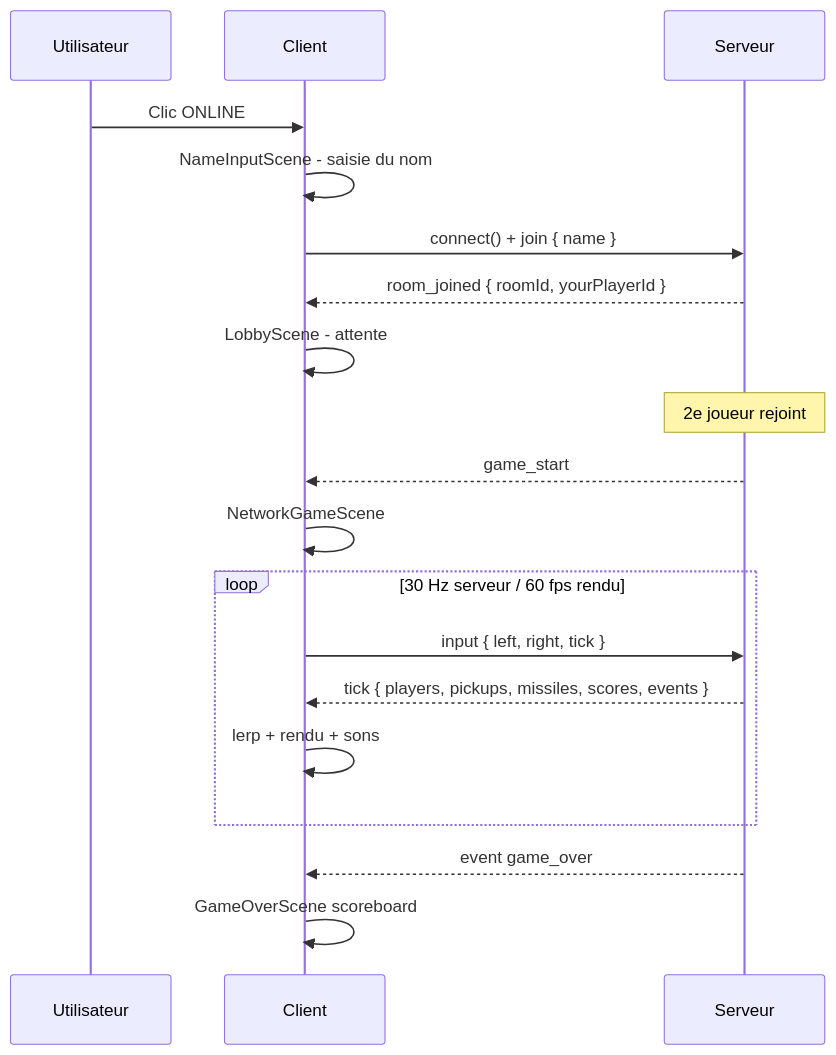
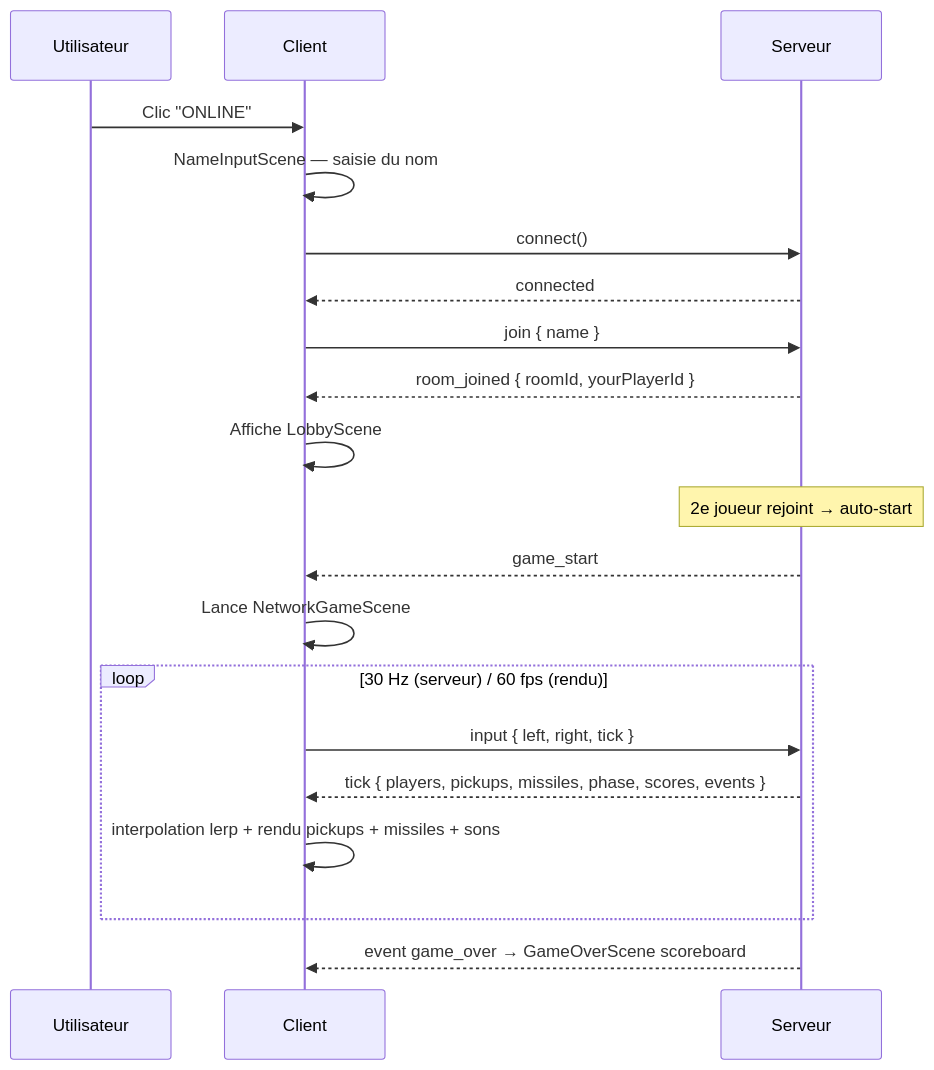
One commit to artkabis/crazycurve changed the second of 3 diagrams in README.md. Above: the diagram before and after it, drawn with Mermaid. The commit also changed other lines of this file, not shown here.

Commit message:
fix(readme): restore working sequenceDiagram syntax from original
Two regressions introduced vs the original working diagrams:
- Game loop: Note right of SRV inside a loop block breaks Mermaid renderer;
  restored SRV->> solid arrows and moved update description inline
- Connection flow: connect() + join combined with + operator caused parse
  error; restored separate connect/join steps and Note over S outside loop

https://claude.ai/code/session_01PExZYXShGtcSRZtst9j4Ma

````diff
--- a/README.md
+++ b/README.md
@@ -333,26 +332,23 @@
 ```mermaid
 sequenceDiagram
     participant U as Utilisateur
     participant C as Client
     participant S as Serveur
 
-    U->>C: Clic ONLINE
-    C->>C: NameInputScene - saisie du nom
-    C->>S: connect() + join { name }
+    U->>C: Clic "ONLINE"
+    C->>C: NameInputScene — saisie du nom
+    C->>S: connect()
+    S-->>C: connected
+    C->>S: join { name }
     S-->>C: room_joined { roomId, yourPlayerId }
-    C->>C: LobbyScene - attente
-
-    Note over S: 2e joueur rejoint
-
+    C->>C: Affiche LobbyScene
+    Note over S: 2e joueur rejoint → auto-start
     S-->>C: game_start
-    C->>C: NetworkGameScene
-
-    loop 30 Hz serveur / 60 fps rendu
+    C->>C: Lance NetworkGameScene
+    loop 30 Hz (serveur) / 60 fps (rendu)
         C->>S: input { left, right, tick }
-        S-->>C: tick { players, pickups, missiles, scores, events }
-        C->>C: lerp + rendu + sons
+        S-->>C: tick { players, pickups, missiles, phase, scores, events }
+        C->>C: interpolation lerp + rendu pickups + missiles + sons
     end
-
-    S-->>C: event game_over
-    C->>C: GameOverScene scoreboard
+    S-->>C: event game_over → GameOverScene scoreboard
 ```
````
